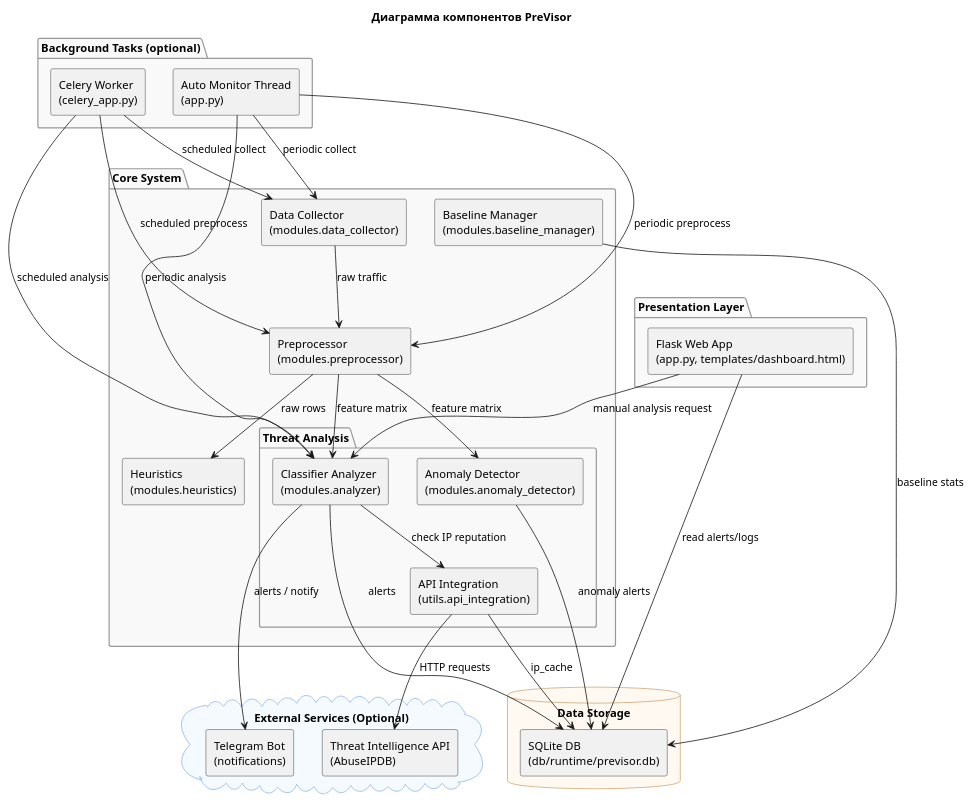
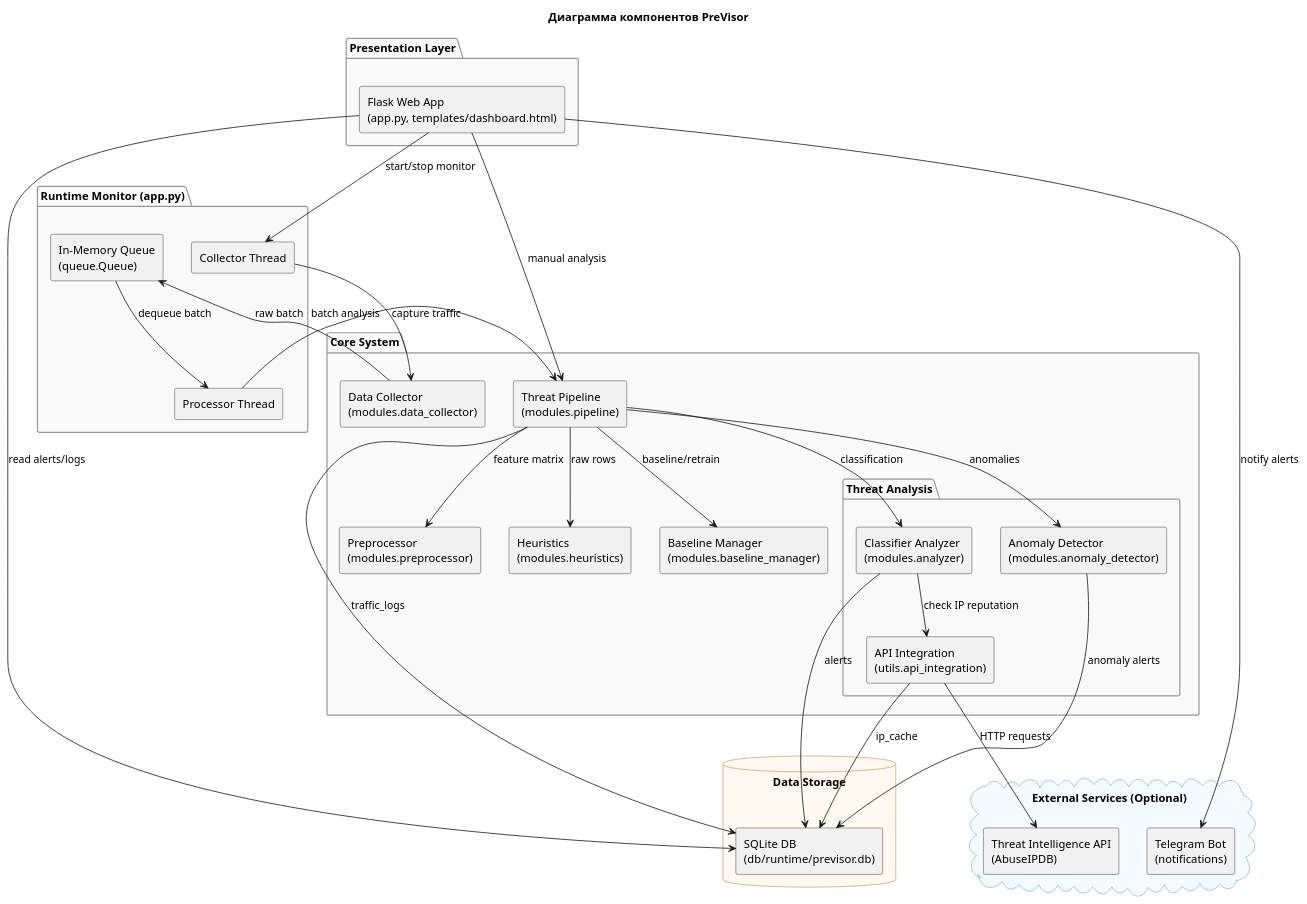
Before and after one commit to k00000tek/previsor: the diagram in static/previsor_component_diagram.puml, drawn with PlantUML. The commit also changed 38 other files, not shown here.

```diff
--- a/static/previsor_component_diagram.puml
+++ b/static/previsor_component_diagram.puml
@@ -1,82 +1,83 @@
 @startuml
 title Диаграмма компонентов PreVisor
 
 skinparam componentStyle rectangle
 skinparam rectangle {
   BackgroundColor White
   BorderColor #777
   FontColor Black
 }
 skinparam package {
   BackgroundColor #F9F9F9
   BorderColor #999
 }
 skinparam database {
   BackgroundColor #FFF9F2
   BorderColor #CCAA77
 }
 skinparam cloud {
   BackgroundColor #F5FAFF
   BorderColor #8FB6E6
 }
 
 package "Core System" {
+  [Threat Pipeline\n(modules.pipeline)]
   [Data Collector\n(modules.data_collector)]
   [Preprocessor\n(modules.preprocessor)]
   [Heuristics\n(modules.heuristics)]
 
   package "Threat Analysis" {
     [Classifier Analyzer\n(modules.analyzer)]
     [Anomaly Detector\n(modules.anomaly_detector)]
     [API Integration\n(utils.api_integration)]
   }
 
   [Baseline Manager\n(modules.baseline_manager)]
 }
 
 package "Presentation Layer" {
   [Flask Web App\n(app.py, templates/dashboard.html)]
 }
 
+package "Runtime Monitor (app.py)" {
+  [Collector Thread]
+  [Processor Thread]
+  [In-Memory Queue\n(queue.Queue)]
+}
+
 database "Data Storage" {
   [SQLite DB\n(db/runtime/previsor.db)]
-}
-
-package "Background Tasks (optional)" {
-  [Auto Monitor Thread\n(app.py)]
-  [Celery Worker\n(celery_app.py)]
 }
 
 cloud "External Services (Optional)" {
   [Threat Intelligence API\n(AbuseIPDB)]
   [Telegram Bot\n(notifications)]
 }
 
 ' === Связи ===
-[Data Collector\n(modules.data_collector)] --> [Preprocessor\n(modules.preprocessor)] : raw traffic
-[Preprocessor\n(modules.preprocessor)] --> [Classifier Analyzer\n(modules.analyzer)] : feature matrix
-[Preprocessor\n(modules.preprocessor)] --> [Anomaly Detector\n(modules.anomaly_detector)] : feature matrix
-[Preprocessor\n(modules.preprocessor)] --> [Heuristics\n(modules.heuristics)] : raw rows
+[Collector Thread] --> [Data Collector\n(modules.data_collector)] : capture traffic
+[Data Collector\n(modules.data_collector)] --> [In-Memory Queue\n(queue.Queue)] : raw batch
+[In-Memory Queue\n(queue.Queue)] --> [Processor Thread] : dequeue batch
+[Processor Thread] --> [Threat Pipeline\n(modules.pipeline)] : batch analysis
+
+[Threat Pipeline\n(modules.pipeline)] --> [Preprocessor\n(modules.preprocessor)] : feature matrix
+[Threat Pipeline\n(modules.pipeline)] --> [Heuristics\n(modules.heuristics)] : raw rows
+[Threat Pipeline\n(modules.pipeline)] --> [Classifier Analyzer\n(modules.analyzer)] : classification
+[Threat Pipeline\n(modules.pipeline)] --> [Anomaly Detector\n(modules.anomaly_detector)] : anomalies
+[Threat Pipeline\n(modules.pipeline)] --> [Baseline Manager\n(modules.baseline_manager)] : baseline/retrain
 
 [Classifier Analyzer\n(modules.analyzer)] --> [SQLite DB\n(db/runtime/previsor.db)] : alerts
 [Anomaly Detector\n(modules.anomaly_detector)] --> [SQLite DB\n(db/runtime/previsor.db)] : anomaly alerts
+[Threat Pipeline\n(modules.pipeline)] --> [SQLite DB\n(db/runtime/previsor.db)] : traffic_logs
 [API Integration\n(utils.api_integration)] --> [SQLite DB\n(db/runtime/previsor.db)] : ip_cache
-[Baseline Manager\n(modules.baseline_manager)] --> [SQLite DB\n(db/runtime/previsor.db)] : baseline stats
 
 [Flask Web App\n(app.py, templates/dashboard.html)] --> [SQLite DB\n(db/runtime/previsor.db)] : read alerts/logs
-[Flask Web App\n(app.py, templates/dashboard.html)] --> [Classifier Analyzer\n(modules.analyzer)] : manual analysis request
+[Flask Web App\n(app.py, templates/dashboard.html)] --> [Threat Pipeline\n(modules.pipeline)] : manual analysis
+[Flask Web App\n(app.py, templates/dashboard.html)] --> [Collector Thread] : start/stop monitor
 
 [Classifier Analyzer\n(modules.analyzer)] --> [API Integration\n(utils.api_integration)] : check IP reputation
 [API Integration\n(utils.api_integration)] --> [Threat Intelligence API\n(AbuseIPDB)] : HTTP requests
 
-[Classifier Analyzer\n(modules.analyzer)] --> [Telegram Bot\n(notifications)] : alerts / notify
-
-[Auto Monitor Thread\n(app.py)] --> [Data Collector\n(modules.data_collector)] : periodic collect
-[Auto Monitor Thread\n(app.py)] --> [Preprocessor\n(modules.preprocessor)] : periodic preprocess
-[Auto Monitor Thread\n(app.py)] --> [Classifier Analyzer\n(modules.analyzer)] : periodic analysis
-
-[Celery Worker\n(celery_app.py)] --> [Data Collector\n(modules.data_collector)] : scheduled collect
-[Celery Worker\n(celery_app.py)] --> [Preprocessor\n(modules.preprocessor)] : scheduled preprocess
-[Celery Worker\n(celery_app.py)] --> [Classifier Analyzer\n(modules.analyzer)] : scheduled analysis
+[Flask Web App\n(app.py, templates/dashboard.html)] --> [Telegram Bot\n(notifications)] : notify alerts
 
 @enduml
```
